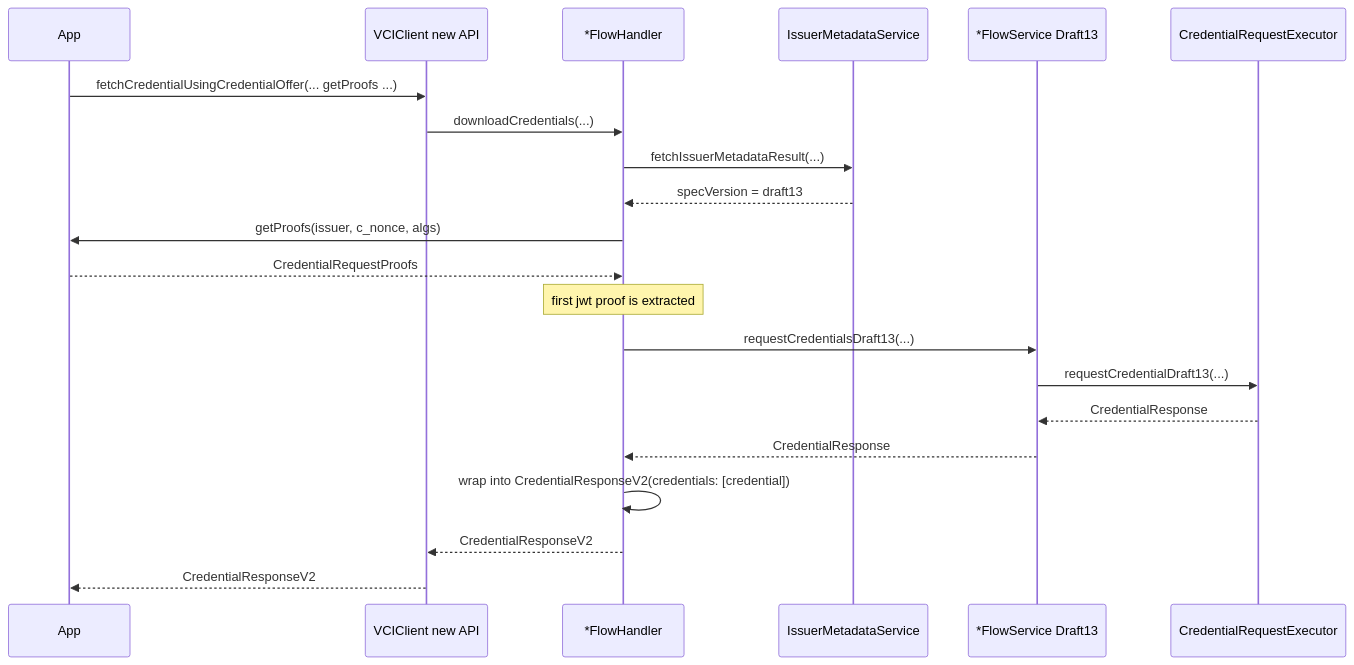
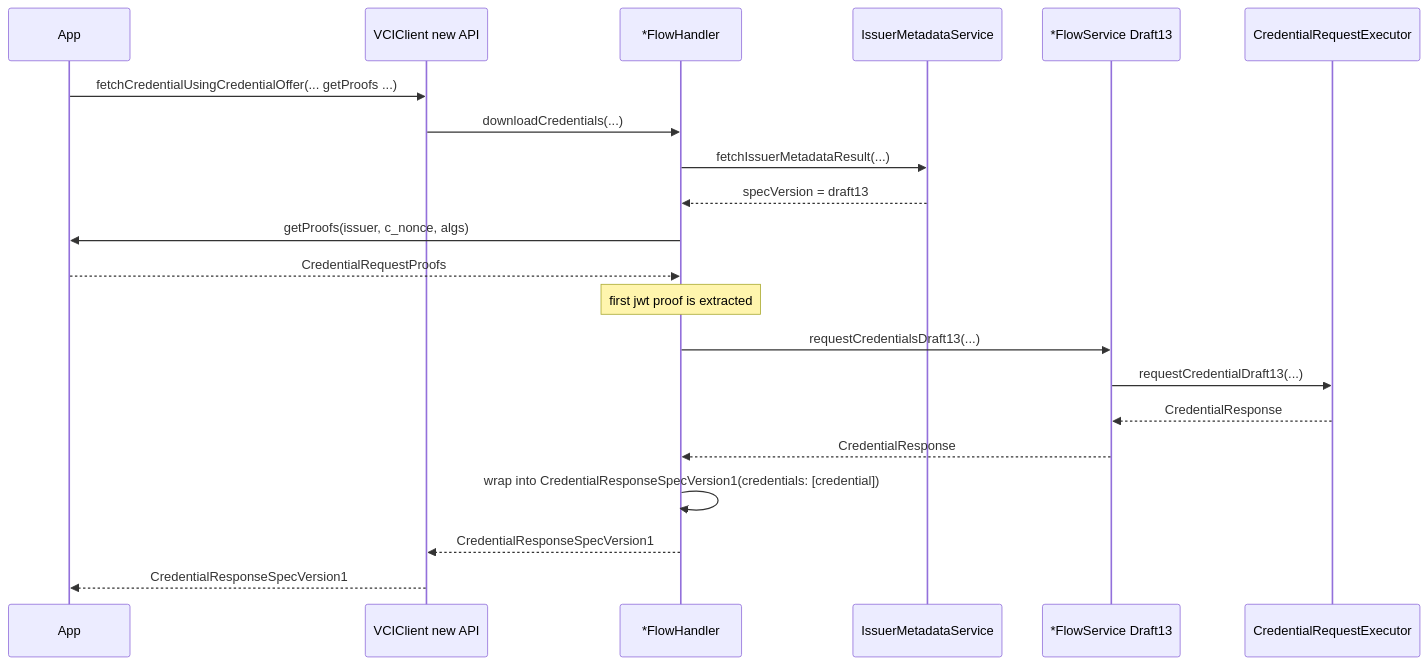
One commit to inji/inji-vci-client-ios-swift changed the fifth of 5 diagrams in docs/adr/0001-openid4vci-v1-migration.md. Above: the diagram before and after it, drawn with Mermaid. The commit also changed other lines of this file and 31 other files, not shown here.

Commit message:
[INJIMOB-3812] refine OpenID4VCI SpecVersion1 API naming

````diff
--- a/docs/adr/0001-openid4vci-v1-migration.md
+++ b/docs/adr/0001-openid4vci-v1-migration.md
@@ -362,24 +377,24 @@
 ```mermaid
 sequenceDiagram
     participant App
     participant Client as VCIClient new API
     participant Handler as *FlowHandler
     participant Metadata as IssuerMetadataService
     participant Service as *FlowService Draft13
     participant Exec as CredentialRequestExecutor
 
     App->>Client: fetchCredentialUsingCredentialOffer(... getProofs ...)
     Client->>Handler: downloadCredentials(...)
     Handler->>Metadata: fetchIssuerMetadataResult(...)
     Metadata-->>Handler: specVersion = draft13
     Handler->>App: getProofs(issuer, c_nonce, algs)
     App-->>Handler: CredentialRequestProofs
     Note over Handler: first jwt proof is extracted
     Handler->>Service: requestCredentialsDraft13(...)
     Service->>Exec: requestCredentialDraft13(...)
     Exec-->>Service: CredentialResponse
     Service-->>Handler: CredentialResponse
-    Handler->>Handler: wrap into CredentialResponseV2(credentials: [credential])
-    Handler-->>Client: CredentialResponseV2
-    Client-->>App: CredentialResponseV2
+    Handler->>Handler: wrap into CredentialResponseSpecVersion1(credentials: [credential])
+    Handler-->>Client: CredentialResponseSpecVersion1
+    Client-->>App: CredentialResponseSpecVersion1
 ```
````
